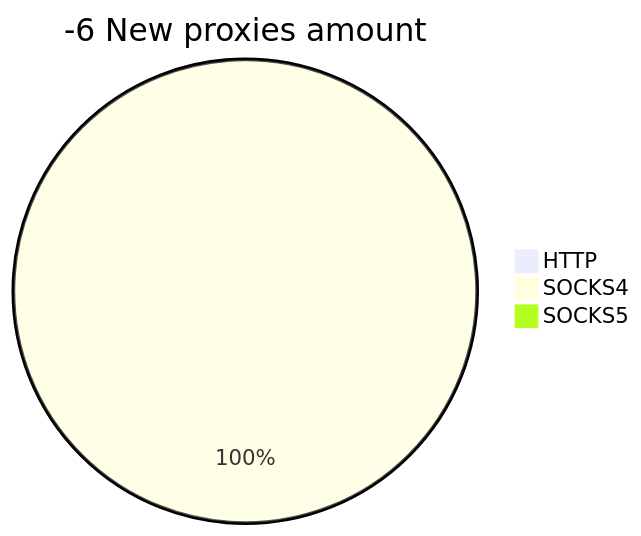
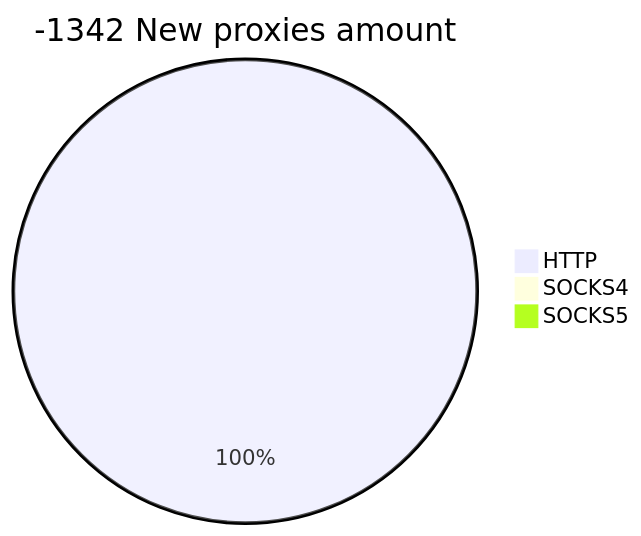
One commit to cutipu/proxylist changed the second of 2 diagrams in README.md. Above: the diagram before and after it, drawn with Mermaid. The commit also changed other lines of this file, not shown here.

````diff
--- a/README.md
+++ b/README.md
@@ -10,6 +10,6 @@
 ```mermaid
-pie title -6 New proxies amount
-    "HTTP" : 0
-    "SOCKS4" : 112
+pie title -1342 New proxies amount
+    "HTTP" : 75
+    "SOCKS4" : 0
     "SOCKS5" : 0
 ```
````
